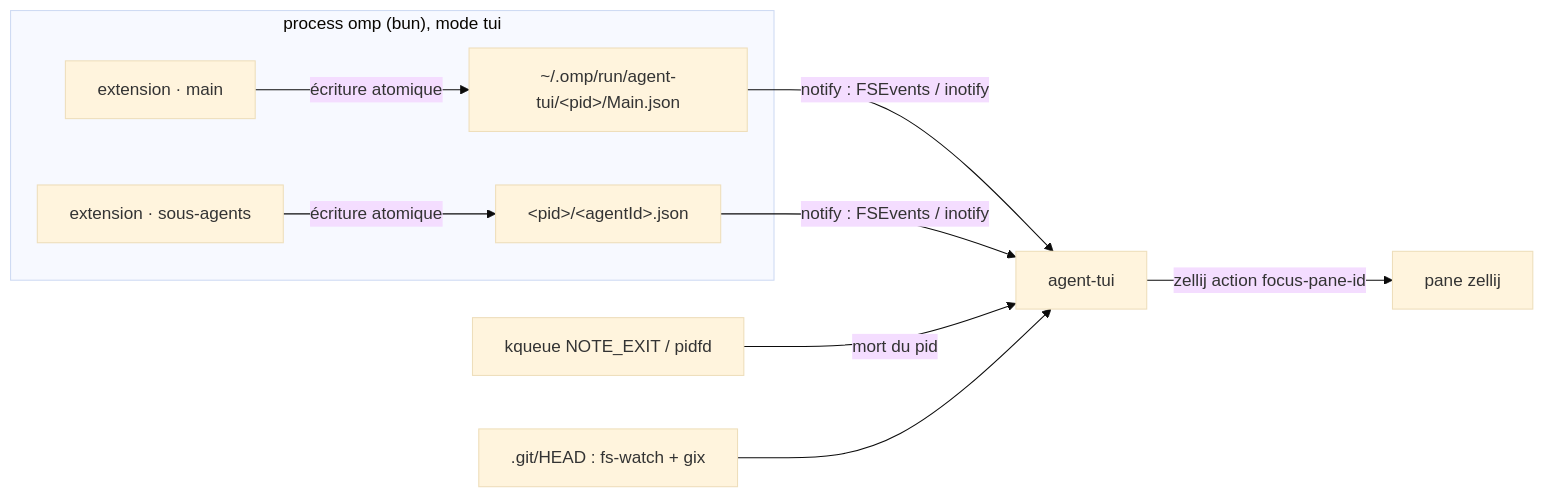
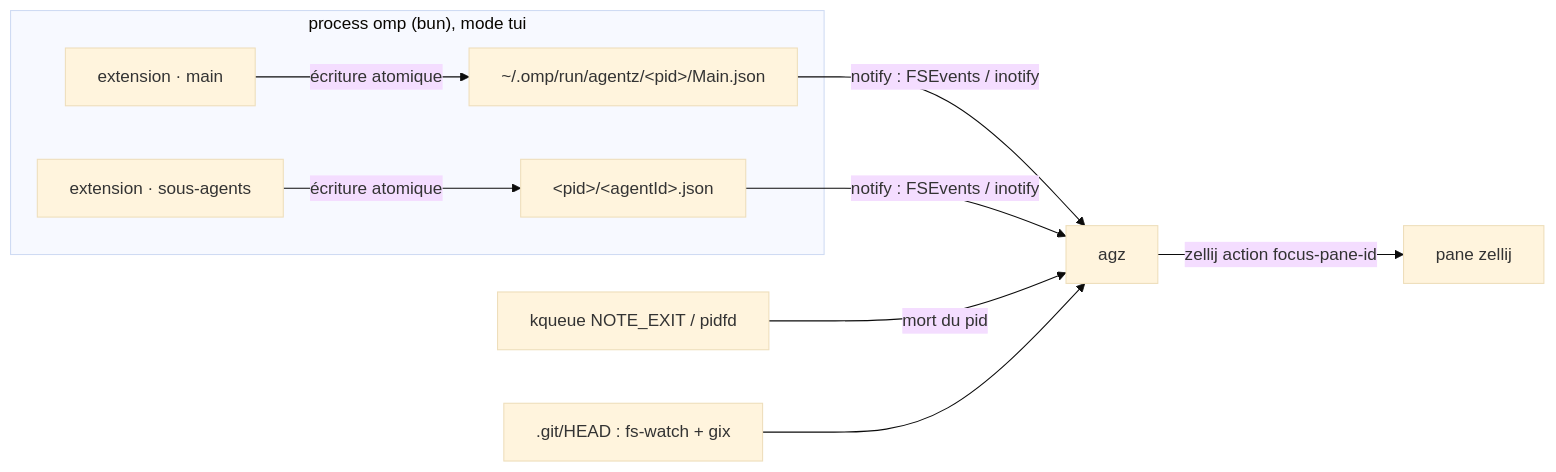
One commit to scolomer/xs-tui changed the diagram in SPEC.md. Above: the diagram before and after it, drawn with Mermaid (base theme). The commit also changed other lines of this file and 10 other files, not shown here.

First line of the commit message:
Rename the dashboard to agz and the omp extension to agentz

````diff
--- a/SPEC.md
+++ b/SPEC.md
@@ -23,11 +23,11 @@
 ```mermaid
 flowchart LR
   subgraph omp["process omp (bun), mode tui"]
-    M[extension · main] -->|écriture atomique| F1["~/.omp/run/agent-tui/&lt;pid&gt;/Main.json"]
+    M[extension · main] -->|écriture atomique| F1["~/.omp/run/agentz/&lt;pid&gt;/Main.json"]
     S[extension · sous-agents] -->|écriture atomique| F2["&lt;pid&gt;/&lt;agentId&gt;.json"]
   end
-  F1 & F2 -->|notify : FSEvents / inotify| T[agent-tui]
+  F1 & F2 -->|notify : FSEvents / inotify| T[agz]
   K[kqueue NOTE_EXIT / pidfd] -->|mort du pid| T
   G[".git/HEAD : fs-watch + gix"] --> T
   T -->|zellij action focus-pane-id| Z[pane zellij]
 ```
````
